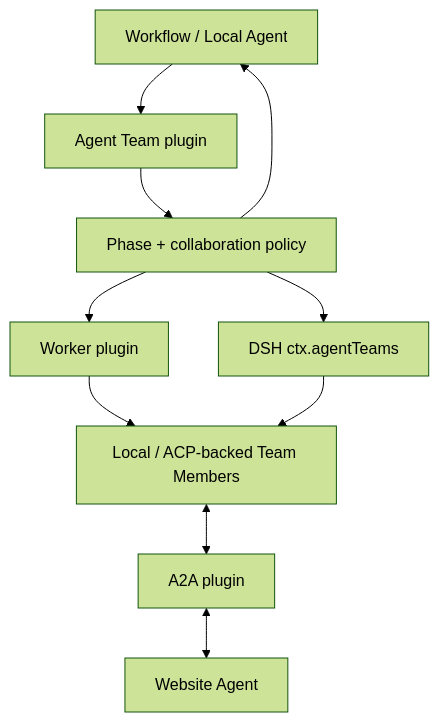
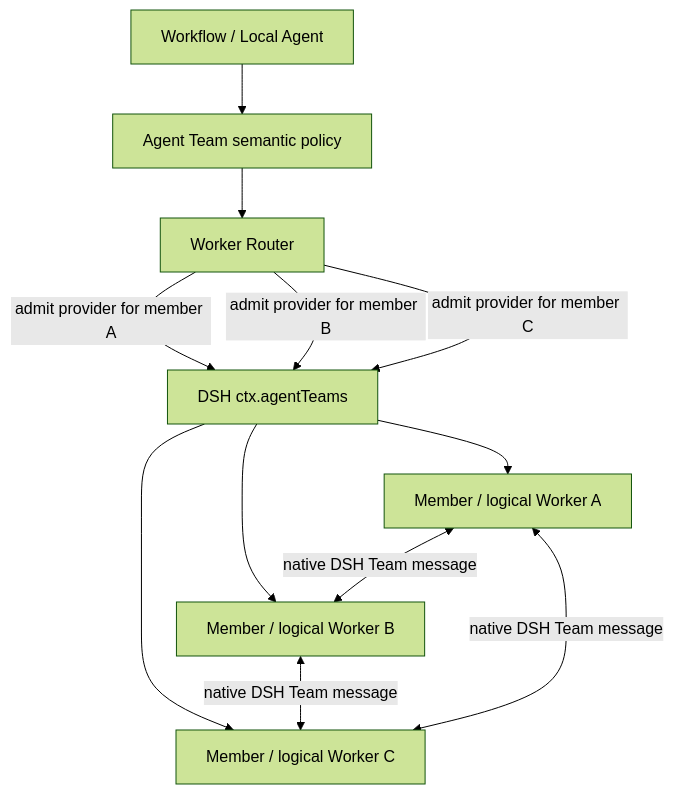
The first of 2 diagrams in docs/architecture/plugins/agent-team/README.md (tsuuanmi/AgentOS), drawn with Mermaid (forest theme) before and after one commit. The commit also changed other lines of this file and 41 other files, not shown here.

First line of the commit message:
docs: consolidate Worker-first MVP architecture

```diff
--- a/docs/architecture/plugins/agent-team/README.md
+++ b/docs/architecture/plugins/agent-team/README.md
@@ -14,24 +94,25 @@
 ~~~mermaid
 flowchart TB
     Caller[Workflow / Local Agent]
-    TeamPlugin[Agent Team plugin]
-    Policy[Phase + collaboration policy]
+    TeamPolicy[Agent Team semantic policy]
+    Router[Worker Router]
+    DSHAT[DSH ctx.agentTeams]
 
-    DSHAT[DSH ctx.agentTeams]
-    Worker[Worker plugin]
-    A2A[A2A plugin]
+    A[Member / logical Worker A]
+    B[Member / logical Worker B]
+    C[Member / logical Worker C]
 
-    LocalMembers[Local / ACP-backed Team Members]
-    Website[Website Agent]
+    Caller --> TeamPolicy
+    TeamPolicy --> Router
+    Router -->|admit provider for member A| DSHAT
+    Router -->|admit provider for member B| DSHAT
+    Router -->|admit provider for member C| DSHAT
 
-    Caller --> TeamPlugin --> Policy
-    Policy --> DSHAT
-    Policy --> Worker
-    Worker --> LocalMembers
+    DSHAT --> A
+    DSHAT --> B
+    DSHAT --> C
 
-    DSHAT --> LocalMembers
-    LocalMembers <--> A2A
-    A2A <--> Website
-
-    Policy --> Caller
+    A <-->|native DSH Team message| B
+    B <-->|native DSH Team message| C
+    C <-->|native DSH Team message| A
 ~~~
```
